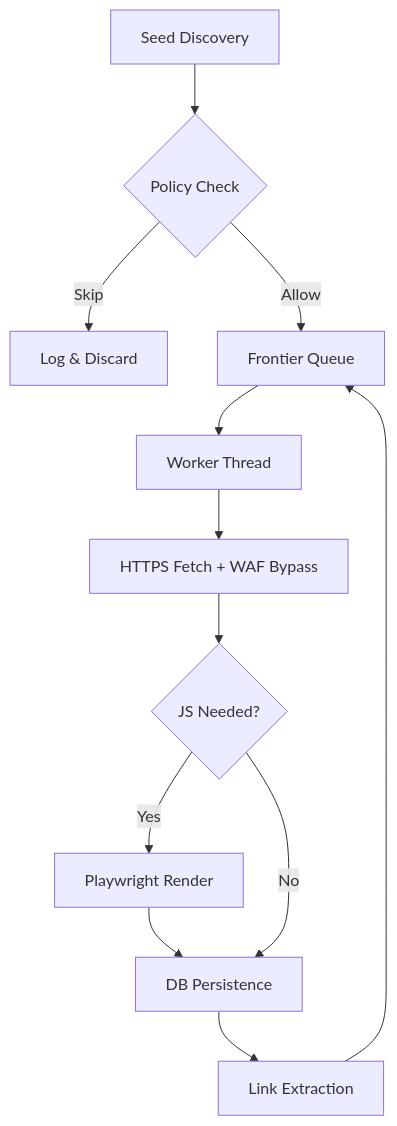
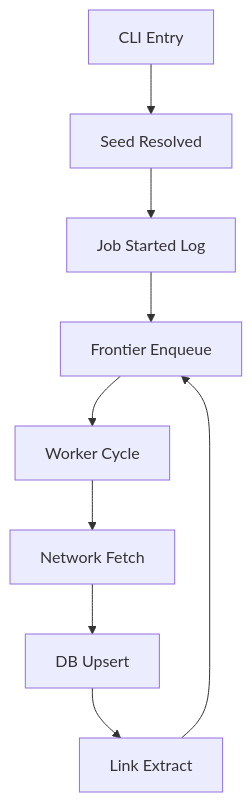
The diagram in baseline-crawler/docs/crawl_mode.md (Ailover123/Defacement-Detection-System), drawn with Mermaid before and after one commit. The commit also changed other lines of this file, not shown here.

````diff
--- a/baseline-crawler/docs/crawl_mode.md
+++ b/baseline-crawler/docs/crawl_mode.md
@@ -87,14 +128,11 @@
 ```mermaid
 graph TD
-    A[Seed Discovery] --> B{Policy Check}
-    B -- Skip --> C[Log & Discard]
-    B -- Allow --> D[Frontier Queue]
-    D --> E[Worker Thread]
-    E --> F[HTTPS Fetch + WAF Bypass]
-    F --> G{JS Needed?}
-    G -- Yes --> H[Playwright Render]
-    H --> I[DB Persistence]
-    G -- No --> I
-    I --> J[Link Extraction]
-    J --> D
+    A[CLI Entry] --> B[Seed Resolved]
+    B --> C[Job Started Log]
+    C --> D[Frontier Enqueue]
+    D --> E[Worker Cycle]
+    E --> F[Network Fetch]
+    F --> G[DB Upsert]
+    G --> H[Link Extract]
+    H --> D
 ```
````
